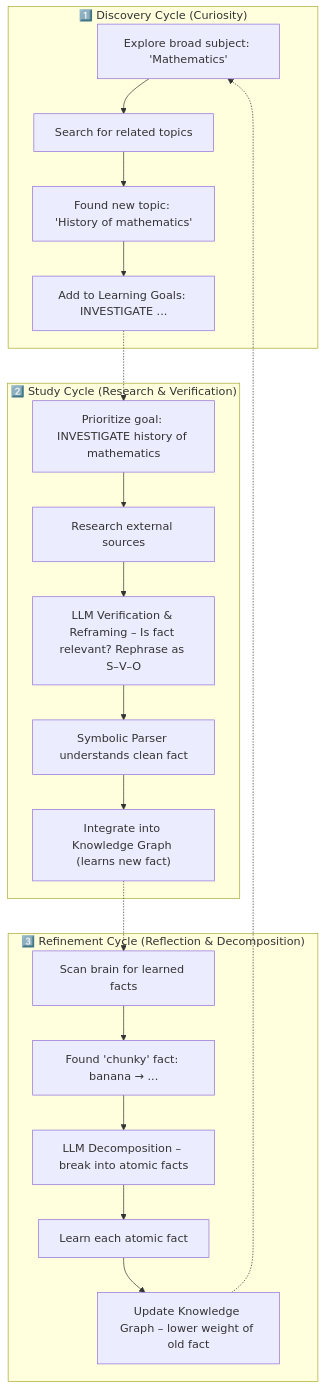
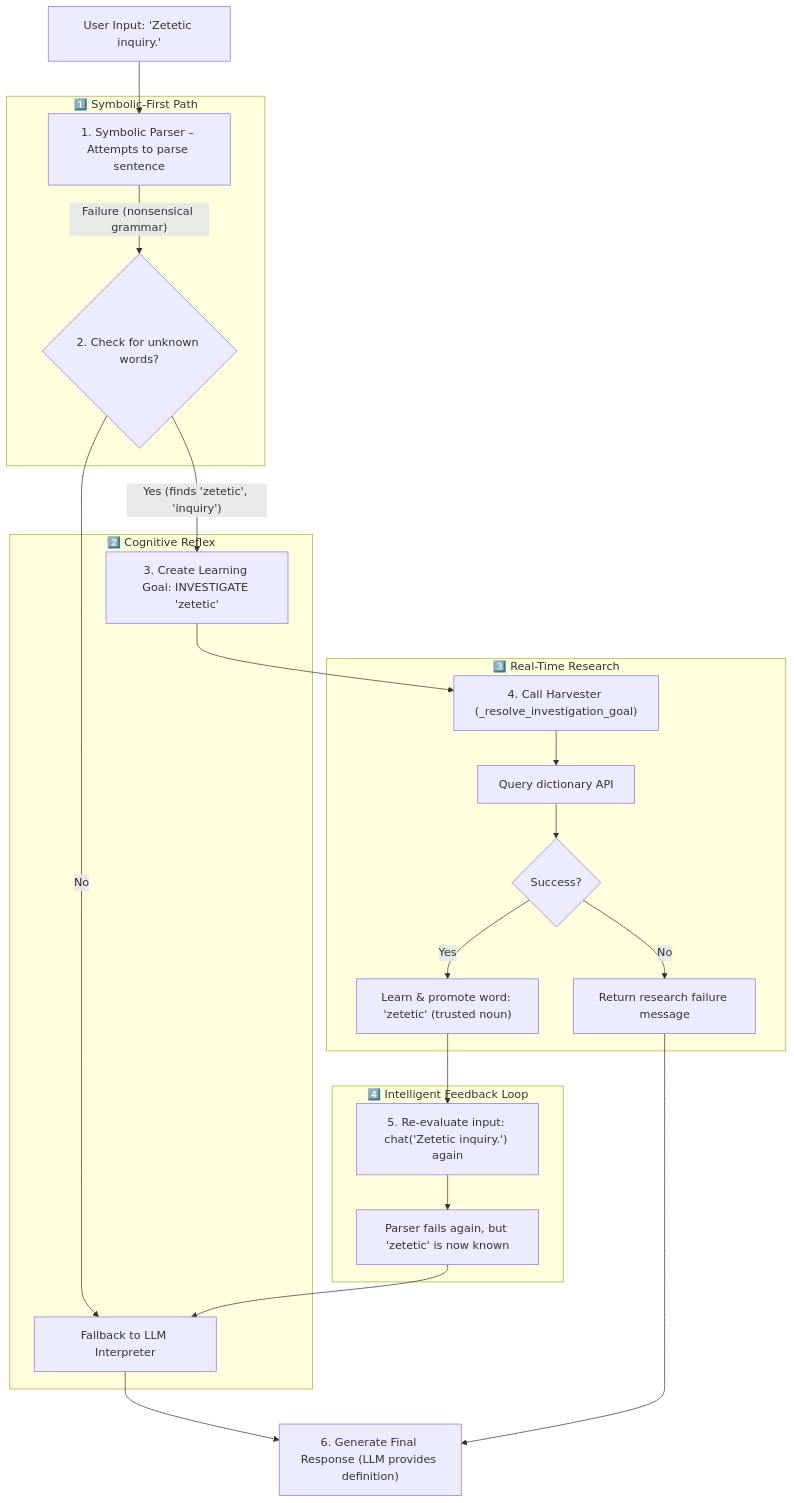
One commit to vicsanity623/Axiom-Agent changed the second of 2 diagrams in README.md. Above: the diagram before and after it, drawn with Mermaid.

````diff
--- a/README.md
+++ b/README.md
@@ -96,36 +96,35 @@
 ```mermaid
 graph TD
-    %% ====== DISCOVERY CYCLE ======
-    subgraph Discovery_Cycle["1️⃣ Discovery Cycle (Curiosity)"]
-        A1["Explore broad subject: 'Mathematics'"]
-        A2["Search for related topics"]
-        A3["Found new topic: 'History of mathematics'"]
-        A4["Add to Learning Goals: INVESTIGATE ..."]
+    %% Main flow
+    A["User Input: 'Zetetic inquiry.'"]
+
+    subgraph Symbolic_First_Path["1️⃣ Symbolic-First Path"]
+        B["1. Symbolic Parser – Attempts to parse sentence"]
+        B -- "Failure (nonsensical grammar)" --> C
     end
 
-    %% ====== STUDY CYCLE ======
-    subgraph Study_Cycle["2️⃣ Study Cycle (Research & Verification)"]
-        B1["Prioritize goal: INVESTIGATE history of mathematics"]
-        B2["Research external sources"]
-        B3["LLM Verification & Reframing – Is fact relevant? Rephrase as S–V–O"]
-        B4["Symbolic Parser understands clean fact"]
-        B5["Integrate into Knowledge Graph (learns new fact)"]
+    subgraph Cognitive_Reflex["2️⃣ Cognitive Reflex"]
+        C{"2. Check for unknown words?"}
+        C -- "Yes (finds 'zetetic', 'inquiry')" --> D["3. Create Learning Goal: INVESTIGATE 'zetetic'"]
+        C -- "No" --> E["Fallback to LLM Interpreter"]
     end
 
-    %% ====== REFINEMENT CYCLE ======
-    subgraph Refinement_Cycle["3️⃣ Refinement Cycle (Reflection & Decomposition)"]
-        C1["Scan brain for learned facts"]
-        C2["Found 'chunky' fact: banana → ..."]
-        C3["LLM Decomposition – break into atomic facts"]
-        C4["Learn each atomic fact"]
-        C5["Update Knowledge Graph – lower weight of old fact"]
+    subgraph Real_Time_Research["3️⃣ Real-Time Research"]
+        D --> R1["4. Call Harvester (_resolve_investigation_goal)"]
+        R1 --> R2["Query dictionary API"]
+        R2 --> R3{"Success?"}
+        R3 -- "Yes" --> R4["Learn & promote word: 'zetetic' (trusted noun)"]
+        R3 -- "No" --> R5["Return research failure message"]
     end
 
-    %% FLOW BETWEEN CYCLES
-    A1 --> A2 --> A3 --> A4
-    A4 -.-> B1
-    B1 --> B2 --> B3 --> B4 --> B5
-    B5 -.-> C1
-    C1 --> C2 --> C3 --> C4 --> C5
-    C5 -.-> A1
+    subgraph Intelligent_Feedback_Loop["4️⃣ Intelligent Feedback Loop"]
+        R4 --> L1["5. Re-evaluate input: chat('Zetetic inquiry.') again"]
+        L1 --> L2["Parser fails again, but 'zetetic' is now known"]
+        L2 --> E
+    end
+
+    E --> FinalResponse["6. Generate Final Response (LLM provides definition)"]
+    R5 --> FinalResponse
+
+    A --> B
 ```
````
